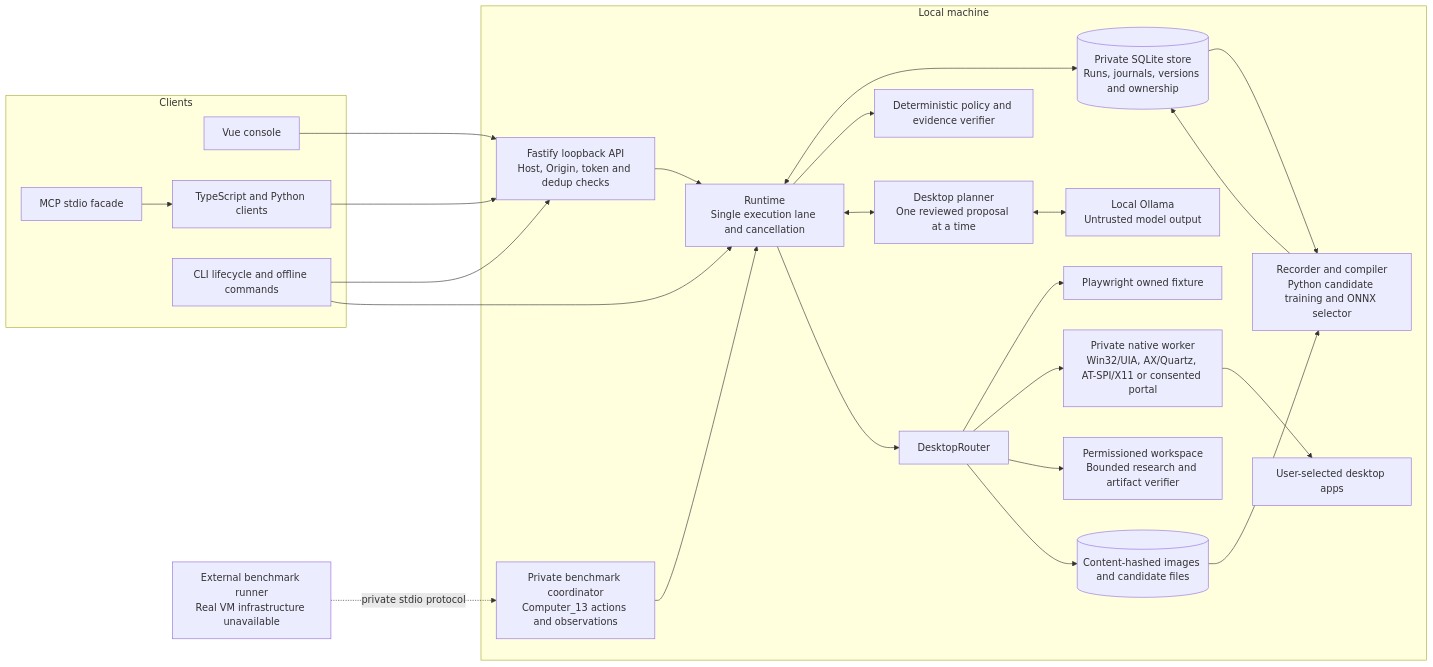
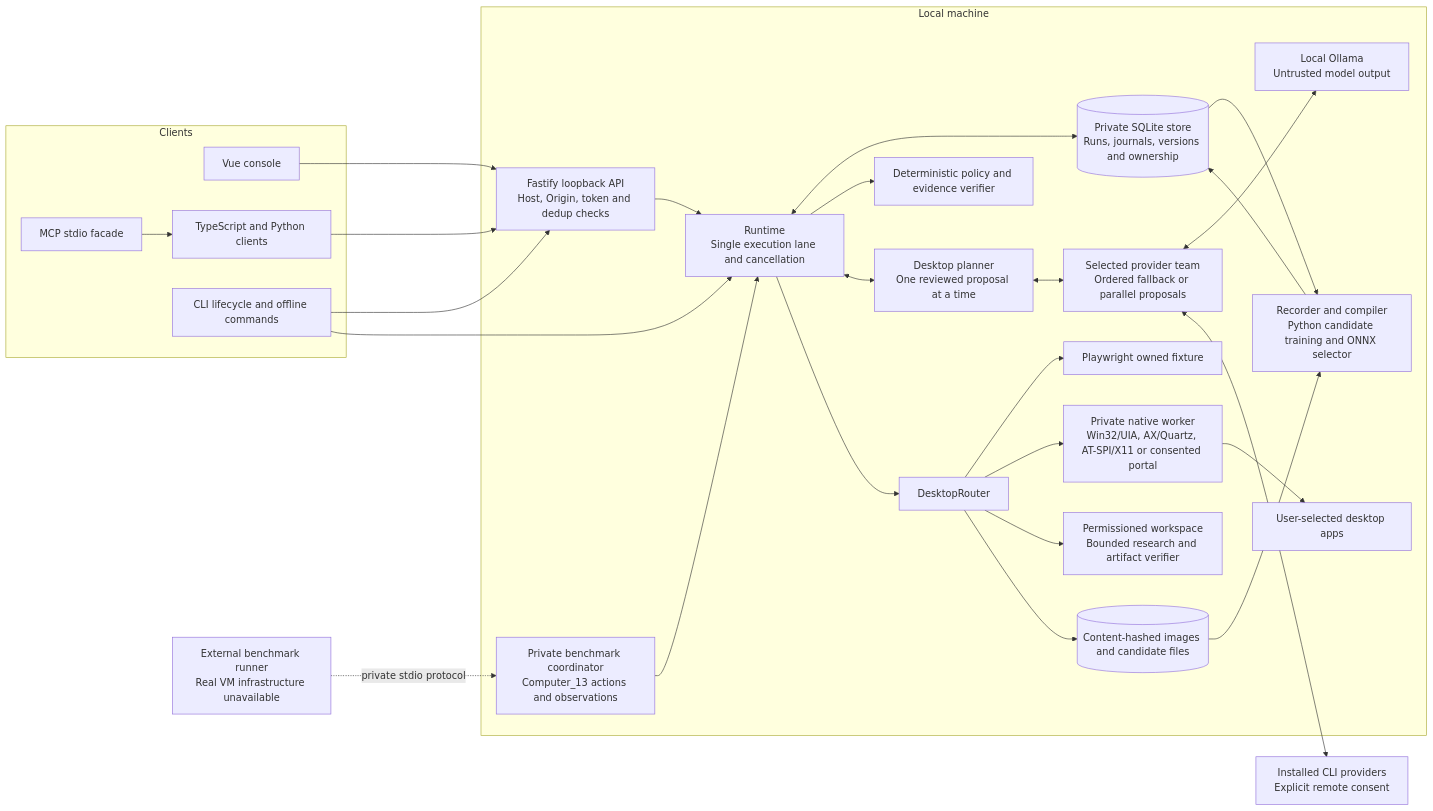
One commit to bclonan/rig-os-public changed the first of 2 diagrams in computer-use-runtime/ARCHITECTURE.md. Above: the diagram before and after it, drawn with Mermaid. The commit also changed other lines of this file and 76 other files, not shown here.

Commit message:
Repair Paint drawing and add reviewed multi-model CLI providers

````diff
--- a/computer-use-runtime/ARCHITECTURE.md
+++ b/computer-use-runtime/ARCHITECTURE.md
@@ -11,47 +9,51 @@
 ```mermaid
 flowchart LR
   subgraph Clients
     UI[Vue console]
     SDK[TypeScript and Python clients]
     MCP[MCP stdio facade]
     CLI[CLI lifecycle and offline commands]
   end
   subgraph Local[Local machine]
     HTTP[Fastify loopback API\nHost, Origin, token and dedup checks]
     RT[Runtime\nSingle execution lane and cancellation]
     DB[(Private SQLite store\nRuns, journals, versions and ownership)]
     Files[(Content-hashed images and candidate files)]
     Policy[Deterministic policy and evidence verifier]
     Planner[Desktop planner\nOne reviewed proposal at a time]
+    Providers[Selected provider team\nOrdered fallback or parallel proposals]
     Ollama[Local Ollama\nUntrusted model output]
     Router[DesktopRouter]
     Browser[Playwright owned fixture]
     Native[Private native worker\nWin32/UIA, AX/Quartz, AT-SPI/X11 or consented portal]
     Workspace[Permissioned workspace\nBounded research and artifact verifier]
     Benchmark[Private benchmark coordinator\nComputer_13 actions and observations]
     Apps[User-selected desktop apps]
     Learning[Recorder and compiler\nPython candidate training and ONNX selector]
   end
   UI --> HTTP
   SDK --> HTTP
   MCP --> SDK
   CLI --> HTTP
   CLI --> RT
   HTTP --> RT
   RT <--> DB
   RT --> Policy
   RT <--> Planner
-  Planner <--> Ollama
+  Planner <--> Providers
+  Providers <--> Ollama
+  Remote[Installed CLI providers\nExplicit remote consent]
+  Providers <--> Remote
   RT --> Router
   Router --> Browser
   Router --> Native
   Router --> Workspace
   Native --> Apps
   Router --> Files
   DB --> Learning
   Files --> Learning
   Learning --> DB
   Benchmark --> RT
   External[External benchmark runner\nReal VM infrastructure unavailable]
   External -. private stdio protocol .-> Benchmark
 ```
````
